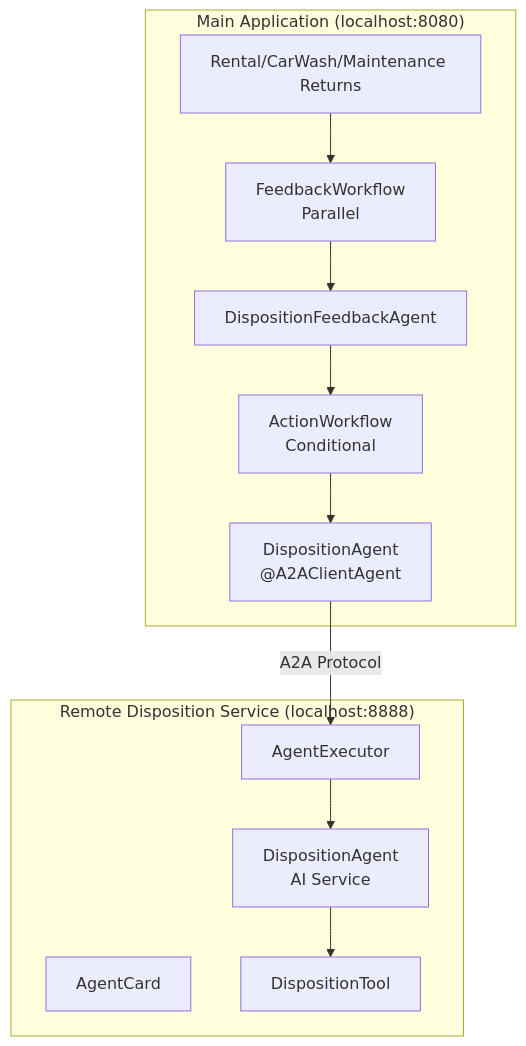
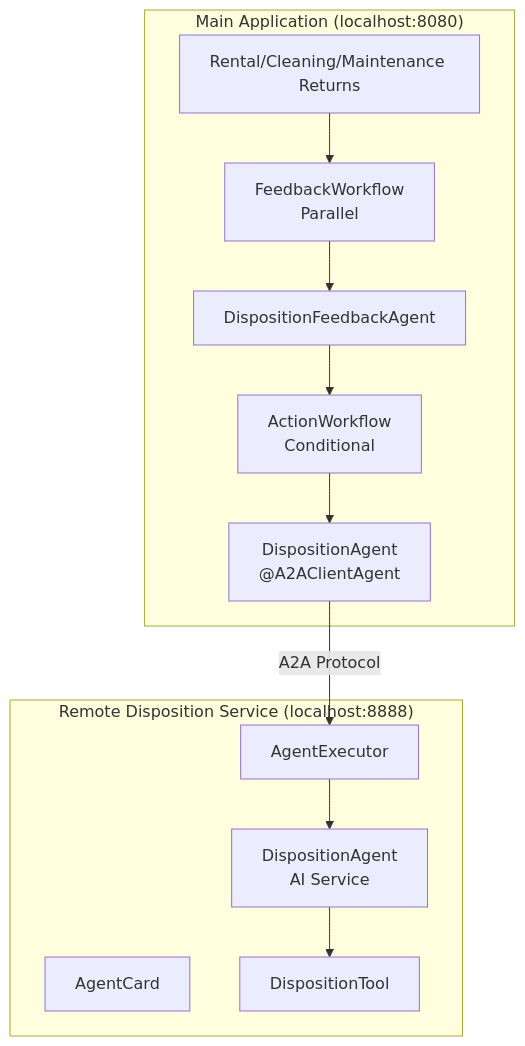
Before and after one commit to IBM/ibm-quarkus-ai-langchain4j-workshop: the third of 4 diagrams in docs/docs/section-2/step-04.md, drawn with Mermaid. The commit also changed other lines of this file and 83 other files, not shown here.

````diff
--- a/docs/docs/section-2/step-04.md
+++ b/docs/docs/section-2/step-04.md
@@ -134,28 +137,28 @@
 ```mermaid
 graph TD
     subgraph "Main Application (localhost:8080)"
-        R[Rental/CarWash/Maintenance Returns]
+        R[Rental/Cleaning/Maintenance Returns]
         FW[FeedbackWorkflow<br/>Parallel]
         DFA[DispositionFeedbackAgent]
         AW[ActionWorkflow<br/>Conditional]
         DAC["DispositionAgent<br/>@A2AClientAgent"]
 
         R --> FW
         FW --> DFA
         DFA --> AW
         AW --> DAC
     end
 
     subgraph "Remote Disposition Service (localhost:8888)"
         AC[AgentCard]
         AE[AgentExecutor]
         DAI[DispositionAgent<br/>AI Service]
         DT[DispositionTool]
 
         AE --> DAI
         DAI --> DT
     end
 
     DAC -->|A2A Protocol| AE
 
 ```
````
